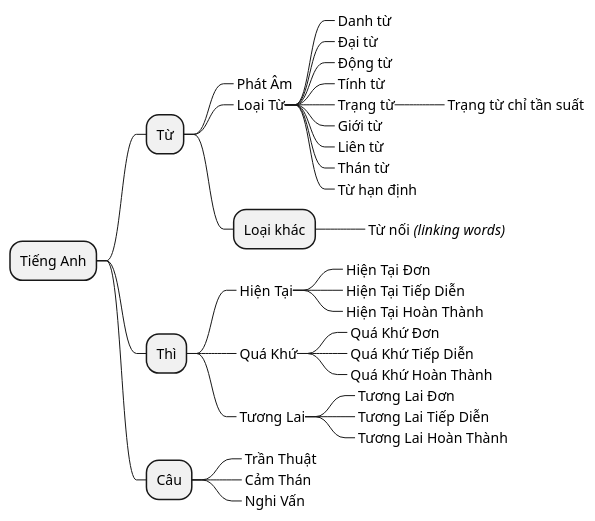
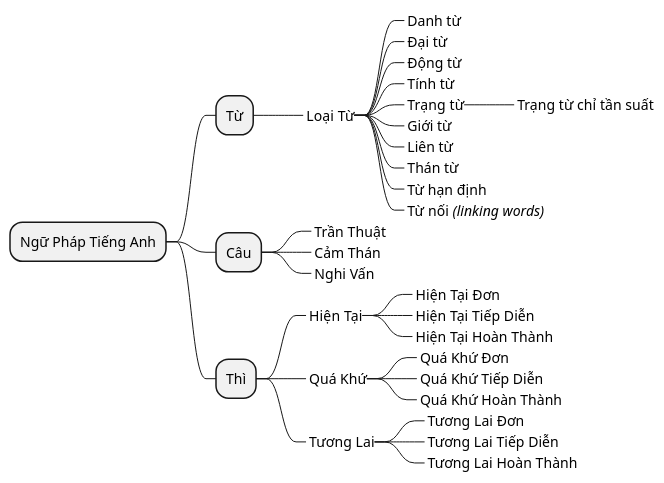
The diagram in docs/English/english.md (dothanhdathp/tadstudy), drawn with PlantUML before and after one commit. The commit also changed other lines of this file and 5 other files, not shown here.

````diff
--- a/docs/English/english.md
+++ b/docs/English/english.md
@@ -10,38 +10,40 @@
 ```puml
 @startmindmap
 skinparam backgroundcolor transparent
 
-* Tiếng Anh
+* Ngữ Pháp Tiếng Anh
 ** Từ
-***_ Phát Âm
 ***_ Loại Từ
 ****_ Danh từ
 ****_ Đại từ
 ****_ Động từ
 ****_ Tính từ
 ****_ Trạng từ
 *****_ Trạng từ chỉ tần suất
 ****_ Giới từ
 ****_ Liên từ
 ****_ Thán từ
 ****_ Từ hạn định
-*** Loại khác
 ****_ Từ nối //(linking words)//
+
+** Câu
+***_ Trần Thuật
+***_ Cảm Thán
+***_ Nghi Vấn
+
 ** Thì
 ***_ Hiện Tại
 ****_ Hiện Tại Đơn
 ****_ Hiện Tại Tiếp Diễn
 ****_ Hiện Tại Hoàn Thành
 ***_ Quá Khứ
 ****_ Quá Khứ Đơn
 ****_ Quá Khứ Tiếp Diễn
 ****_ Quá Khứ Hoàn Thành
 ***_ Tương Lai
 ****_ Tương Lai Đơn
 ****_ Tương Lai Tiếp Diễn
 ****_ Tương Lai Hoàn Thành
-** Câu
-***_ Trần Thuật
-***_ Cảm Thán
-***_ Nghi Vấn
+
+@endmindmap
 ```
````
